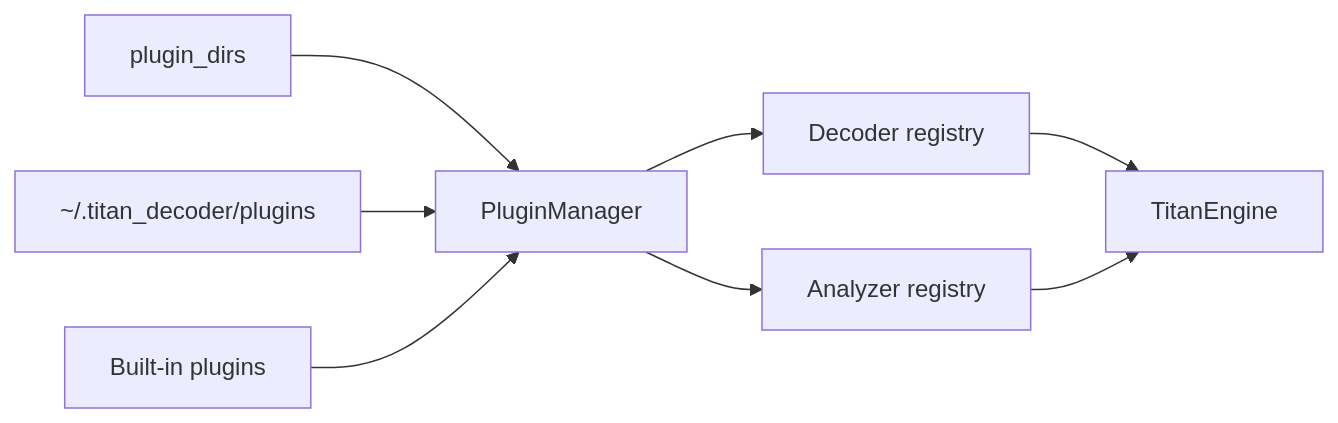
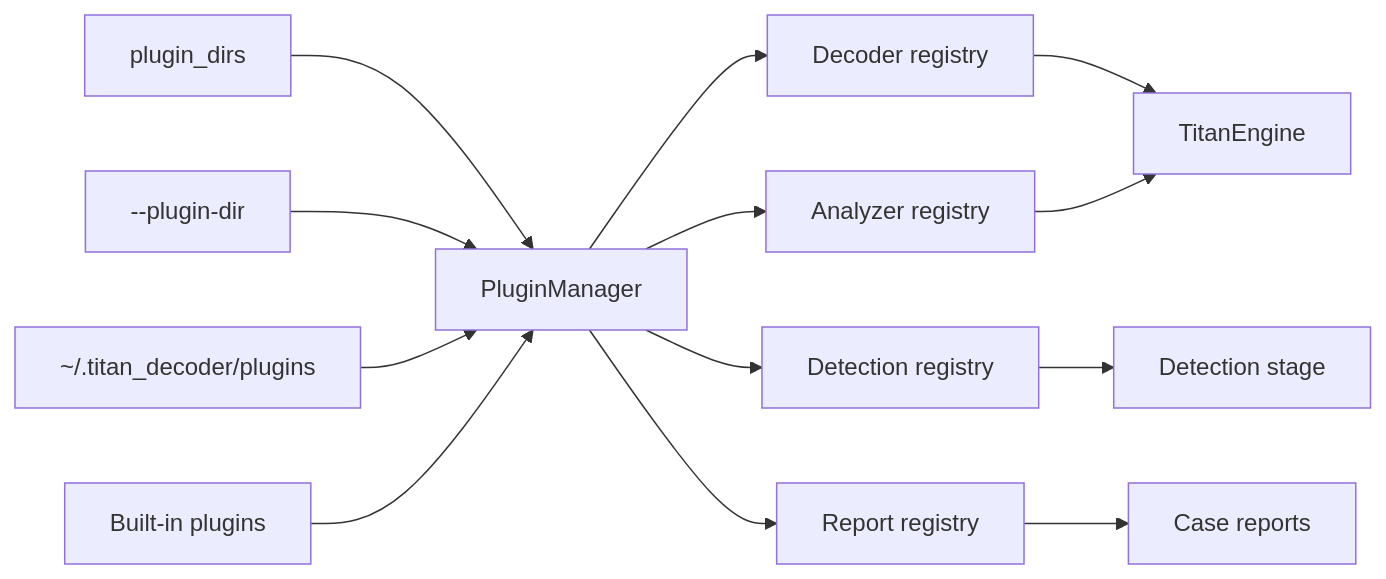
The diagram in docs/PLUGIN_API.md (launchfailure/titan1), drawn with Mermaid before and after one commit. The commit also changed other lines of this file and 31 other files, not shown here.

````diff
--- a/docs/PLUGIN_API.md
+++ b/docs/PLUGIN_API.md
@@ -25,10 +217,15 @@
 ```mermaid
 flowchart LR
     Config[plugin_dirs] --> Manager[PluginManager]
+    CLI[--plugin-dir] --> Manager
     User[~/.titan_decoder/plugins] --> Manager
     Builtin[Built-in plugins] --> Manager
     Manager --> Decoders[Decoder registry]
     Manager --> Analyzers[Analyzer registry]
+    Manager --> Detections[Detection registry]
+    Manager --> Reports[Report registry]
     Decoders --> Engine[TitanEngine]
     Analyzers --> Engine
+    Detections --> Stage[Detection stage]
+    Reports --> Case[Case reports]
 ```
````
